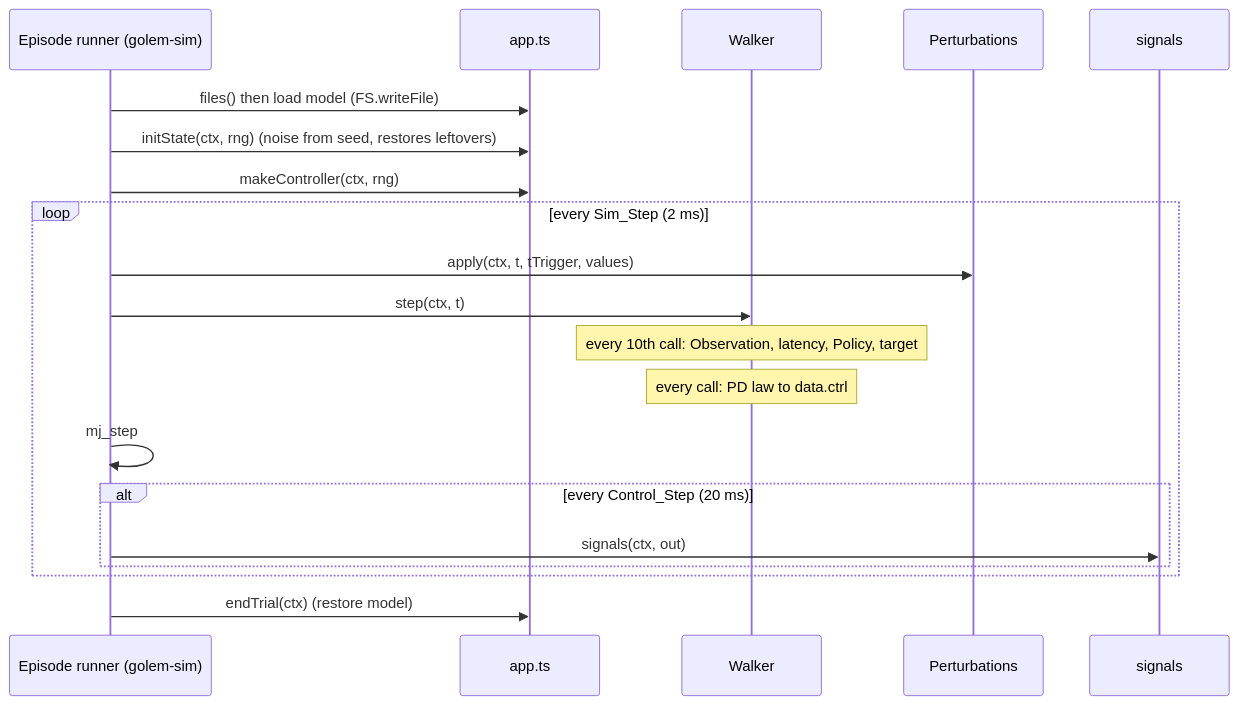
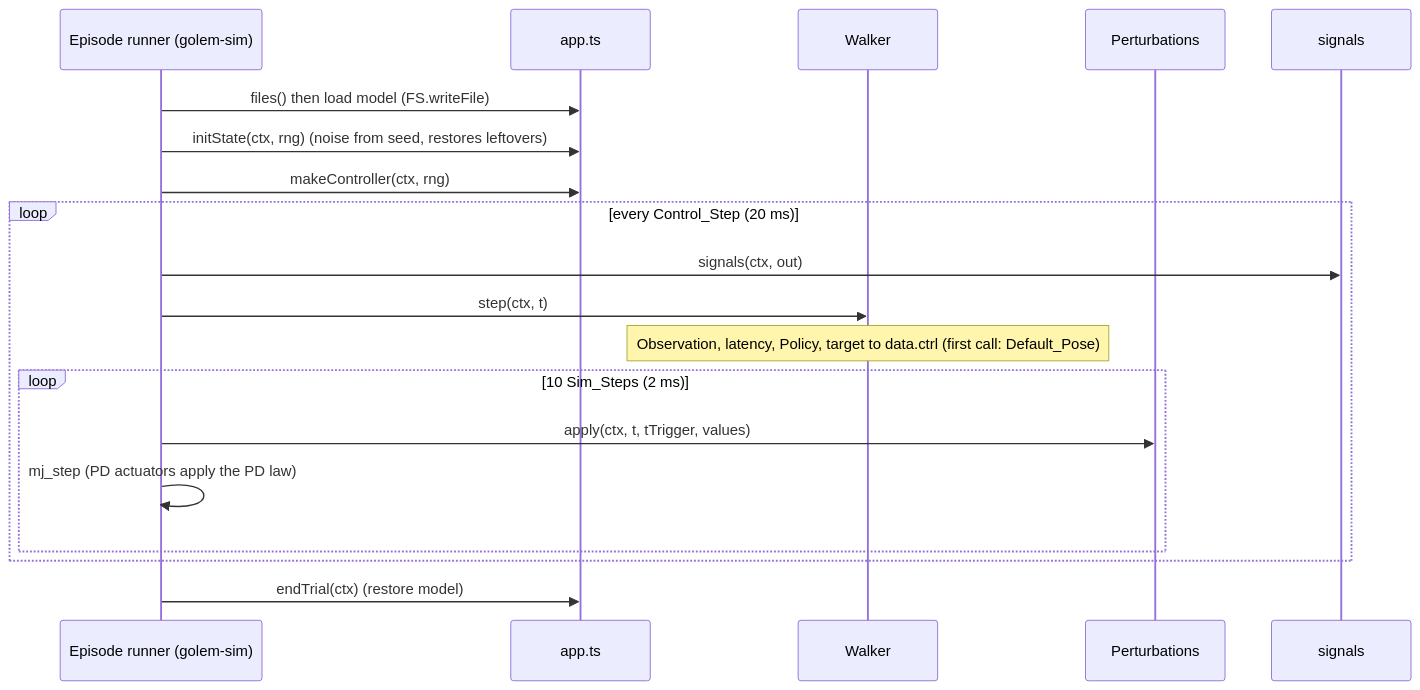
Before and after one commit to RohanGlitched/golem: the second of 2 diagrams in .kiro/specs/stagger-app/design.md, drawn with Mermaid. The commit also changed other lines of this file and 21 other files, not shown here.

First line of the commit message:
stagger-app: 3 controller (policy, observation, PD, latency, walker) with property tests

````diff
--- a/.kiro/specs/stagger-app/design.md
+++ b/.kiro/specs/stagger-app/design.md
@@ -66,22 +66,21 @@
 ```mermaid
 sequenceDiagram
   participant R as Episode runner (golem-sim)
   participant A as app.ts
   participant W as Walker
   participant P as Perturbations
   participant S as signals
   R->>A: files() then load model (FS.writeFile)
   R->>A: initState(ctx, rng) (noise from seed, restores leftovers)
   R->>A: makeController(ctx, rng)
-  loop every Sim_Step (2 ms)
-    R->>P: apply(ctx, t, tTrigger, values)
+  loop every Control_Step (20 ms)
+    R->>S: signals(ctx, out)
     R->>W: step(ctx, t)
-    Note over W: every 10th call: Observation, latency, Policy, target
-    Note over W: every call: PD law to data.ctrl
-    R->>R: mj_step
-    alt every Control_Step (20 ms)
-      R->>S: signals(ctx, out)
+    Note over W: Observation, latency, Policy, target to data.ctrl (first call: Default_Pose)
+    loop 10 Sim_Steps (2 ms)
+      R->>P: apply(ctx, t, tTrigger, values)
+      R->>R: mj_step (PD actuators apply the PD law)
     end
   end
   R->>A: endTrial(ctx) (restore model)
 ```
````
